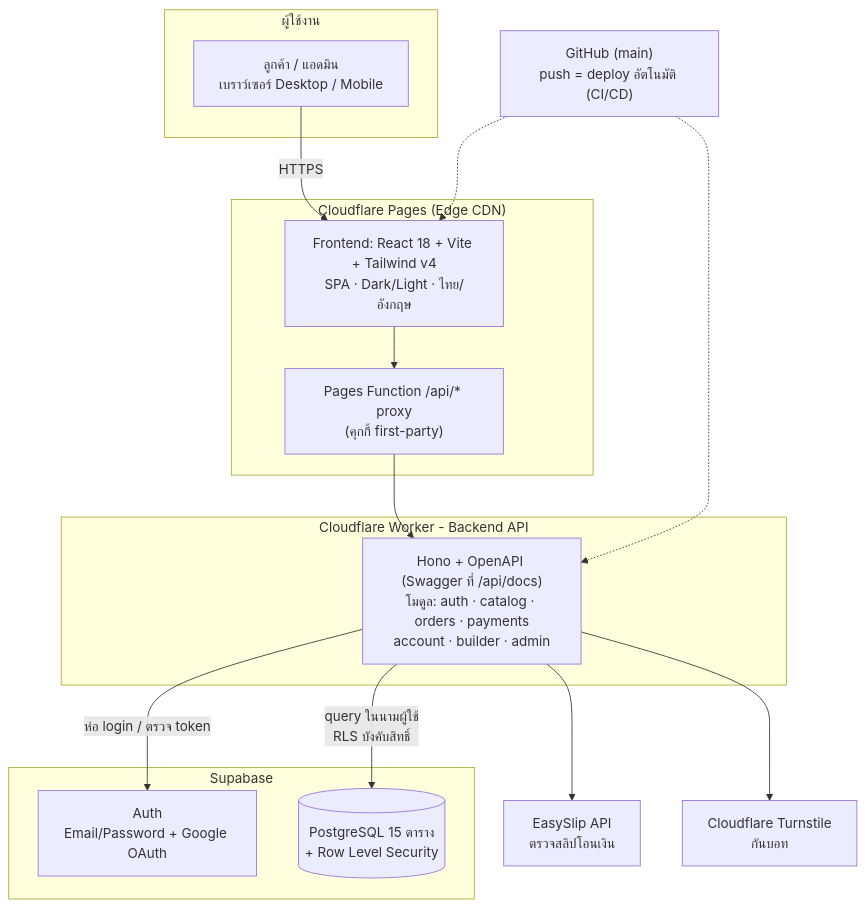
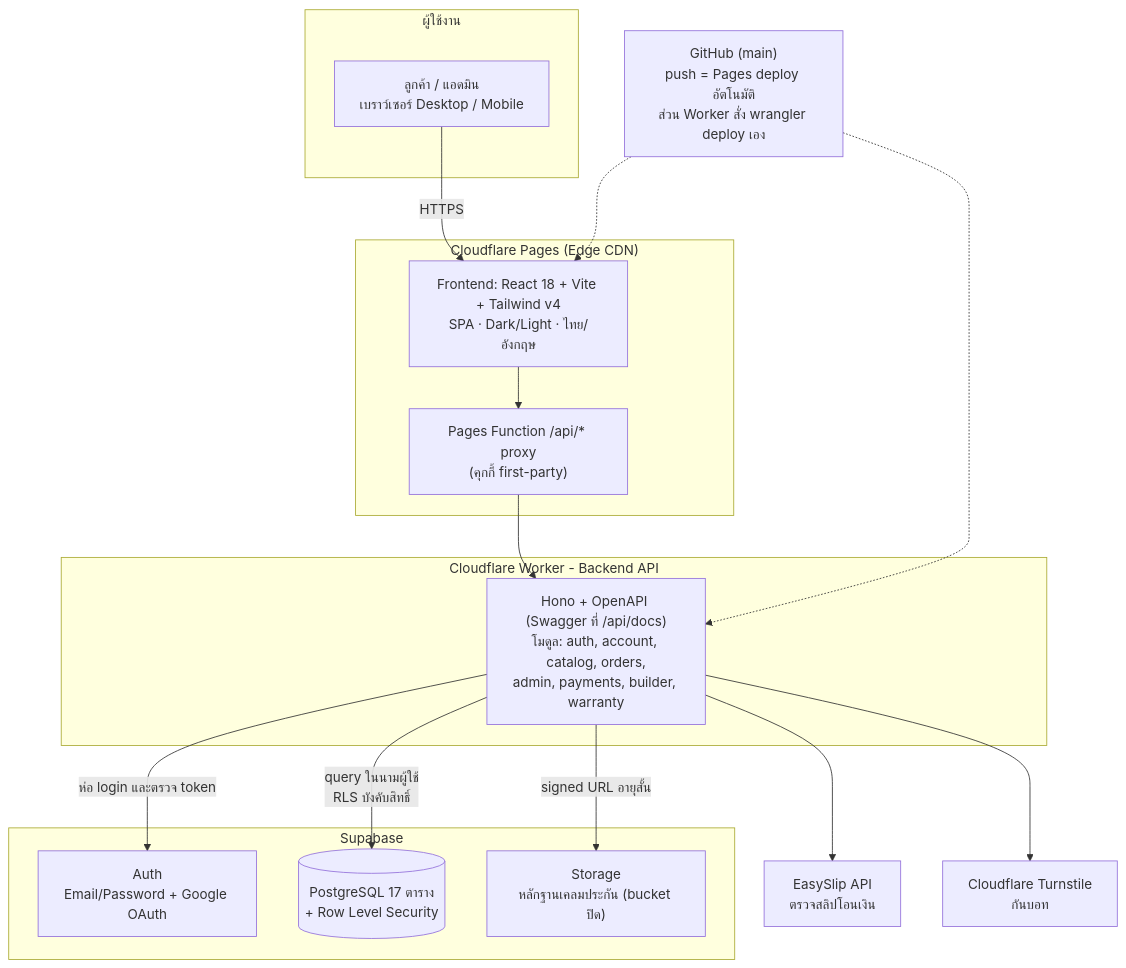
Before and after one commit to Nol2way/bm-computer: the eighth of 8 diagrams in docs/analysis-design.md, drawn with Mermaid. The commit also changed other lines of this file and 33 other files, not shown here.

````diff
--- a/docs/analysis-design.md
+++ b/docs/analysis-design.md
@@ -507,33 +507,35 @@
 ```mermaid
 graph TD
     subgraph Client["ผู้ใช้งาน"]
         U["ลูกค้า / แอดมิน<br/>เบราว์เซอร์ Desktop / Mobile"]
     end
 
     subgraph Edge["Cloudflare Pages (Edge CDN)"]
         FE["Frontend: React 18 + Vite + Tailwind v4<br/>SPA · Dark/Light · ไทย/อังกฤษ"]
         PROXY["Pages Function /api/* proxy<br/>(คุกกี้ first-party)"]
     end
 
     subgraph Worker["Cloudflare Worker - Backend API"]
-        API["Hono + OpenAPI (Swagger ที่ /api/docs)<br/>โมดูล: auth · catalog · orders · payments<br/>account · builder · admin"]
+        API["Hono + OpenAPI (Swagger ที่ /api/docs)<br/>โมดูล: auth, account, catalog, orders,<br/>admin, payments, builder, warranty"]
     end
 
     subgraph Supabase["Supabase"]
         AUTHP["Auth<br/>Email/Password + Google OAuth"]
-        DB[("PostgreSQL 15 ตาราง<br/>+ Row Level Security")]
+        DB[("PostgreSQL 17 ตาราง<br/>+ Row Level Security")]
+        ST["Storage<br/>หลักฐานเคลมประกัน (bucket ปิด)"]
     end
 
     EXT1["EasySlip API<br/>ตรวจสลิปโอนเงิน"]
     EXT2["Cloudflare Turnstile<br/>กันบอท"]
-    GH["GitHub (main)<br/>push = deploy อัตโนมัติ (CI/CD)"]
+    GH["GitHub (main)<br/>push = Pages deploy อัตโนมัติ<br/>ส่วน Worker สั่ง wrangler deploy เอง"]
 
-    U -->|HTTPS| FE
+    U -->|"HTTPS"| FE
     FE --> PROXY --> API
-    API -->|ห่อ login / ตรวจ token| AUTHP
-    API -->|query ในนามผู้ใช้<br/>RLS บังคับสิทธิ์| DB
+    API -->|"ห่อ login และตรวจ token"| AUTHP
+    API -->|"query ในนามผู้ใช้<br/>RLS บังคับสิทธิ์"| DB
+    API -->|"signed URL อายุสั้น"| ST
     API --> EXT1
     API --> EXT2
     GH -.-> FE
     GH -.-> API
 ```
````
